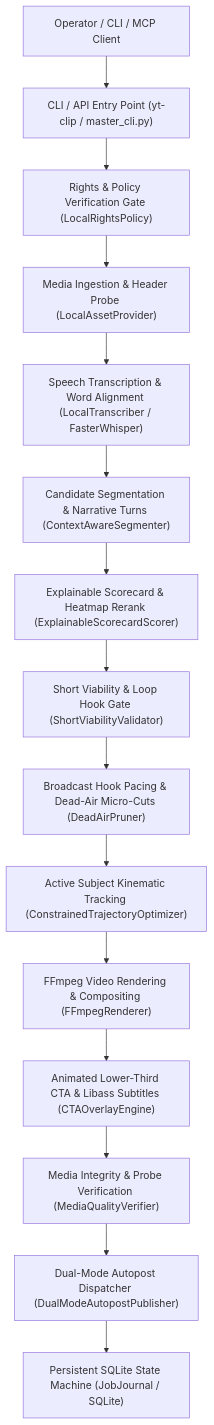
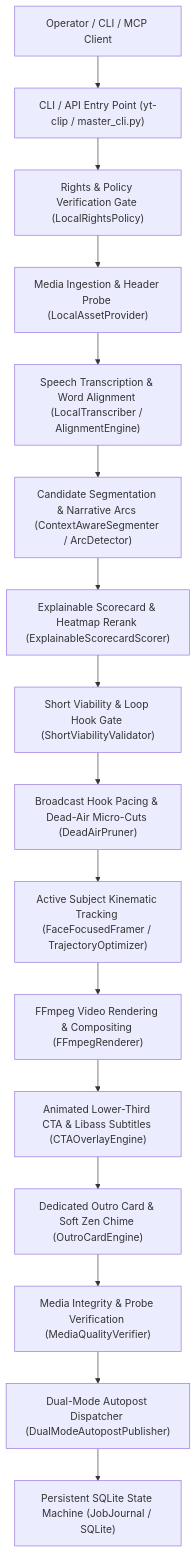
The first of 4 diagrams in docs/SYSTEM_MENTAL_MAP.md (harshith2811/yt-clipping-intelligence), drawn with Mermaid before and after one commit. The commit also changed other lines of this file and 21 other files, not shown here.

Commit message:
docs: complete repository audit, 1:1 documentation parity, and outro card hardening

````diff
--- a/docs/SYSTEM_MENTAL_MAP.md
+++ b/docs/SYSTEM_MENTAL_MAP.md
@@ -11,17 +11,18 @@
 ```mermaid
 graph TD
     User["Operator / CLI / MCP Client"] --> Entry["CLI / API Entry Point (yt-clip / master_cli.py)"]
     Entry --> Gate["Rights & Policy Verification Gate (LocalRightsPolicy)"]
     Gate --> Ingestion["Media Ingestion & Header Probe (LocalAssetProvider)"]
-    Ingestion --> Transcribe["Speech Transcription & Word Alignment (LocalTranscriber / FasterWhisper)"]
-    Transcribe --> Detect["Candidate Segmentation & Narrative Turns (ContextAwareSegmenter)"]
+    Ingestion --> Transcribe["Speech Transcription & Word Alignment (LocalTranscriber / AlignmentEngine)"]
+    Transcribe --> Detect["Candidate Segmentation & Narrative Arcs (ContextAwareSegmenter / ArcDetector)"]
     Detect --> Score["Explainable Scorecard & Heatmap Rerank (ExplainableScorecardScorer)"]
     Score --> Viability["Short Viability & Loop Hook Gate (ShortViabilityValidator)"]
     Viability --> Polish["Broadcast Hook Pacing & Dead-Air Micro-Cuts (DeadAirPruner)"]
-    Polish --> Framing["Active Subject Kinematic Tracking (ConstrainedTrajectoryOptimizer)"]
+    Polish --> Framing["Active Subject Kinematic Tracking (FaceFocusedFramer / TrajectoryOptimizer)"]
     Framing --> Render["FFmpeg Video Rendering & Compositing (FFmpegRenderer)"]
     Render --> CTA["Animated Lower-Third CTA & Libass Subtitles (CTAOverlayEngine)"]
-    CTA --> QA["Media Integrity & Probe Verification (MediaQualityVerifier)"]
+    CTA --> Outro["Dedicated Outro Card & Soft Zen Chime (OutroCardEngine)"]
+    Outro --> QA["Media Integrity & Probe Verification (MediaQualityVerifier)"]
     QA --> Publish["Dual-Mode Autopost Dispatcher (DualModeAutopostPublisher)"]
     Publish --> Journal["Persistent SQLite State Machine (JobJournal / SQLite)"]
 ```
````
